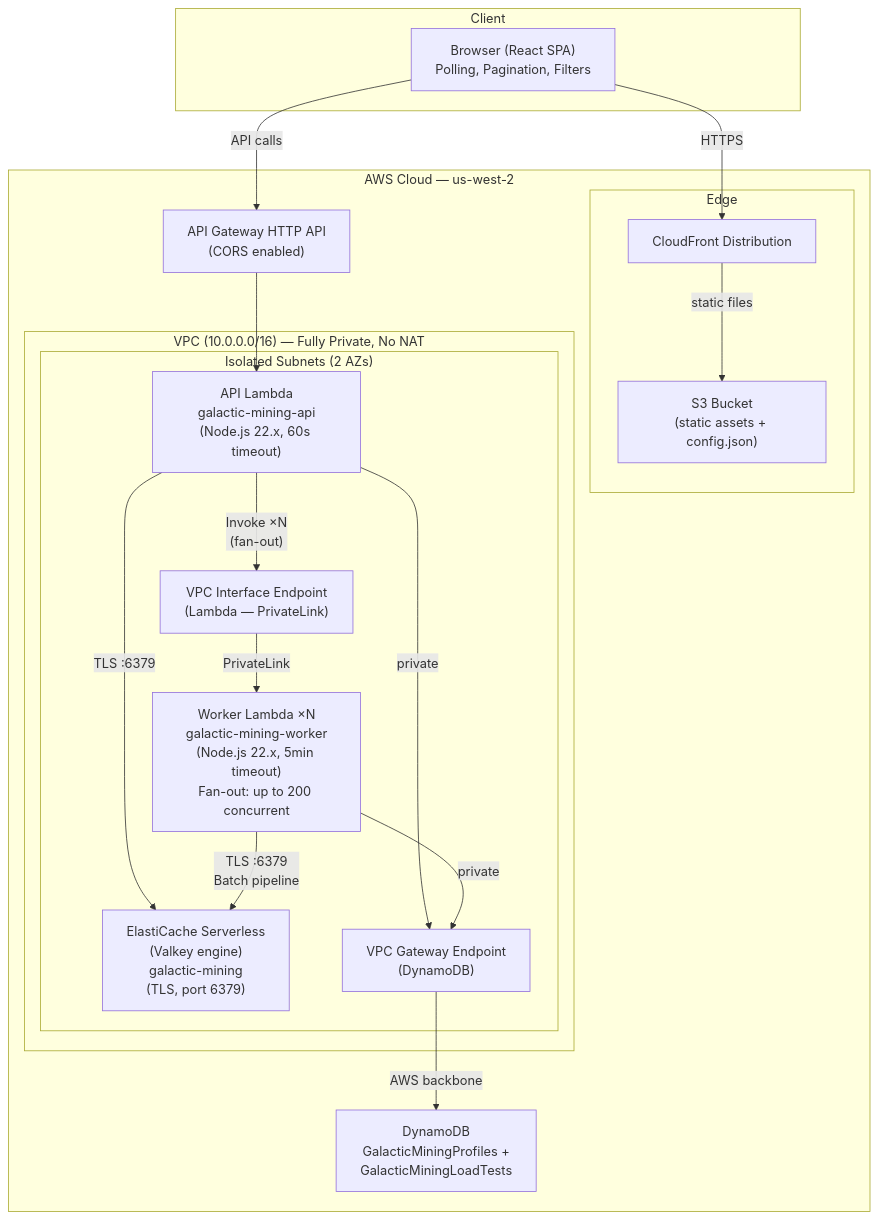
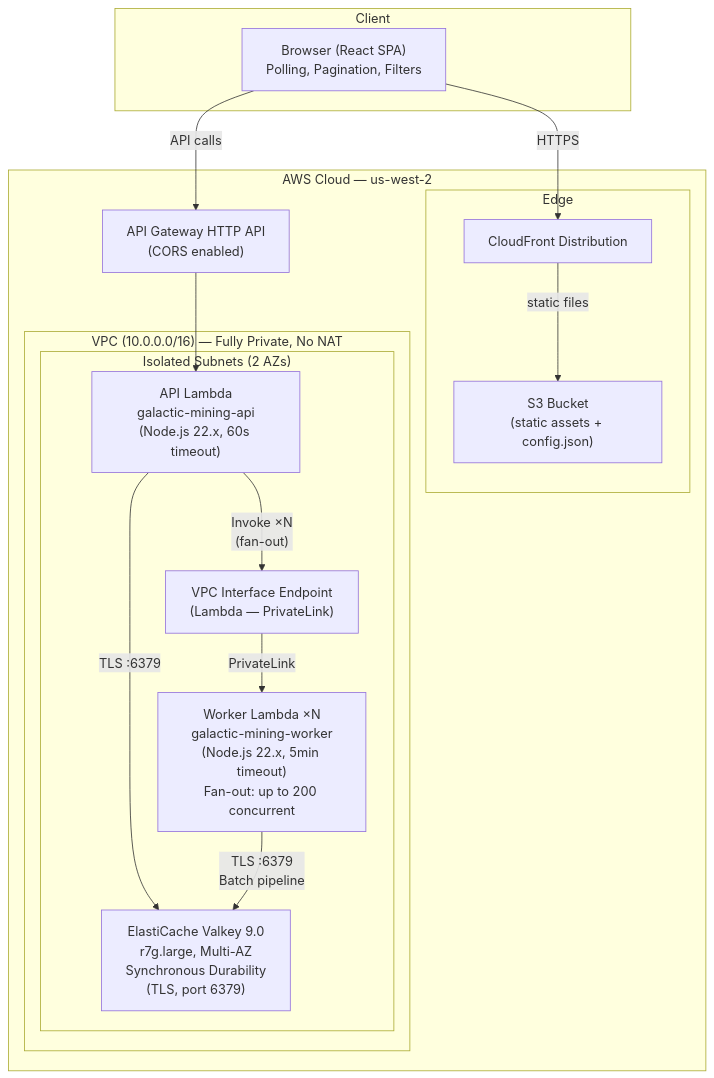
Before and after one commit to rickrams/galactic-mining-league: the first of 5 diagrams in ARCHITECTURE.md, drawn with Mermaid. The commit also changed other lines of this file and 4 other files, not shown here.

First line of the commit message:
Replace DynamoDB with ElastiCache durability as sole data store

````diff
--- a/ARCHITECTURE.md
+++ b/ARCHITECTURE.md
@@ -5,38 +5,33 @@
 ```mermaid
 graph TB
     subgraph "Client"
         Browser["Browser (React SPA)<br/>Polling, Pagination, Filters"]
     end
 
     subgraph "AWS Cloud — us-west-2"
         subgraph "Edge"
             CF["CloudFront Distribution"]
             S3["S3 Bucket<br/>(static assets + config.json)"]
         end
 
         APIGW["API Gateway HTTP API<br/>(CORS enabled)"]
-        DDB["DynamoDB<br/>GalacticMiningProfiles +<br/>GalacticMiningLoadTests"]
 
         subgraph "VPC (10.0.0.0/16) — Fully Private, No NAT"
             subgraph "Isolated Subnets (2 AZs)"
                 API_LAMBDA["API Lambda<br/>galactic-mining-api<br/>(Node.js 22.x, 60s timeout)"]
                 WORKER_LAMBDA["Worker Lambda ×N<br/>galactic-mining-worker<br/>(Node.js 22.x, 5min timeout)<br/>Fan-out: up to 200 concurrent"]
-                VALKEY["ElastiCache Serverless<br/>(Valkey engine)<br/>galactic-mining<br/>(TLS, port 6379)"]
-                VPCE_DDB["VPC Gateway Endpoint<br/>(DynamoDB)"]
+                VALKEY["ElastiCache Valkey 9.0<br/>r7g.large, Multi-AZ<br/>Synchronous Durability<br/>(TLS, port 6379)"]
                 VPCE_LAMBDA["VPC Interface Endpoint<br/>(Lambda — PrivateLink)"]
             end
         end
     end
 
     Browser -->|"HTTPS"| CF
     CF -->|"static files"| S3
     Browser -->|"API calls"| APIGW
     APIGW --> API_LAMBDA
     API_LAMBDA -->|"TLS :6379"| VALKEY
     WORKER_LAMBDA -->|"TLS :6379<br/>Batch pipeline"| VALKEY
-    API_LAMBDA -->|"private"| VPCE_DDB
-    WORKER_LAMBDA -->|"private"| VPCE_DDB
-    VPCE_DDB -->|"AWS backbone"| DDB
     API_LAMBDA -->|"Invoke ×N<br/>(fan-out)"| VPCE_LAMBDA
     VPCE_LAMBDA -->|"PrivateLink"| WORKER_LAMBDA
 ```
````
